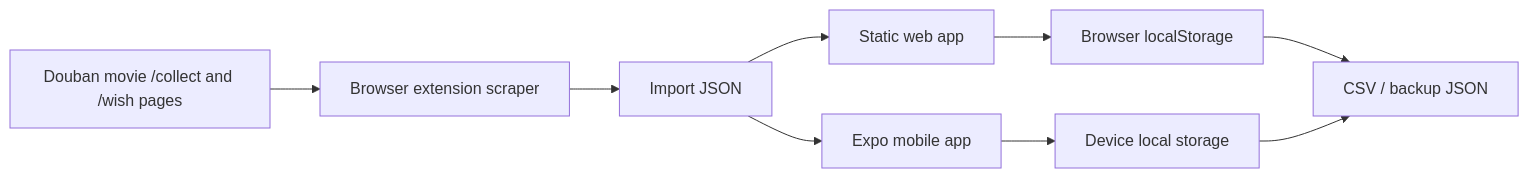
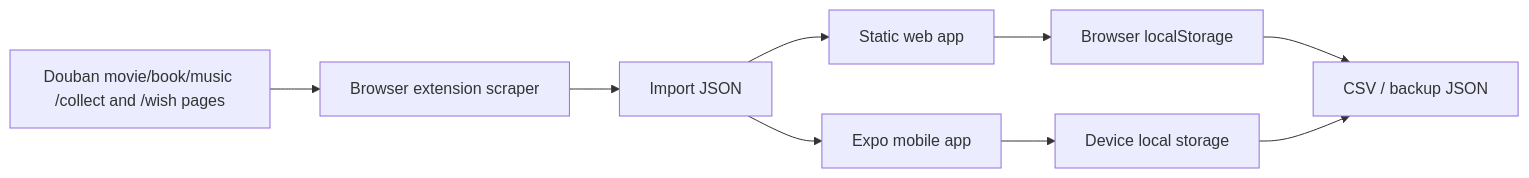
One commit to otterlymavis/DoubanRefugee changed the diagram in docs/ARCHITECTURE.md. Above: the diagram before and after it, drawn with Mermaid. The commit also changed other lines of this file and 14 other files, not shown here.

````diff
--- a/docs/ARCHITECTURE.md
+++ b/docs/ARCHITECTURE.md
@@ -9,11 +9,11 @@
 ```mermaid
 flowchart LR
-  D["Douban movie /collect and /wish pages"] --> E["Browser extension scraper"]
+  D["Douban movie/book/music /collect and /wish pages"] --> E["Browser extension scraper"]
   E --> J["Import JSON"]
   J --> W["Static web app"]
   J --> M["Expo mobile app"]
   W --> L["Browser localStorage"]
   M --> S["Device local storage"]
   L --> X["CSV / backup JSON"]
   S --> X
 ```
````
